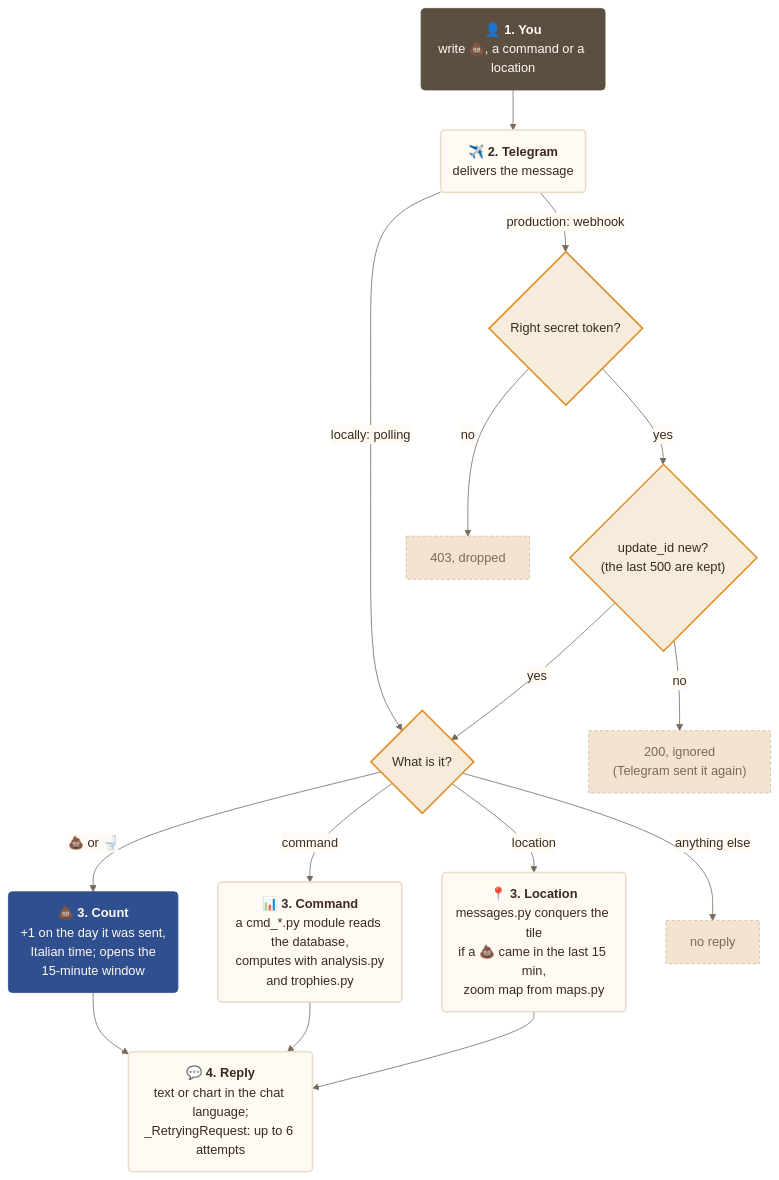
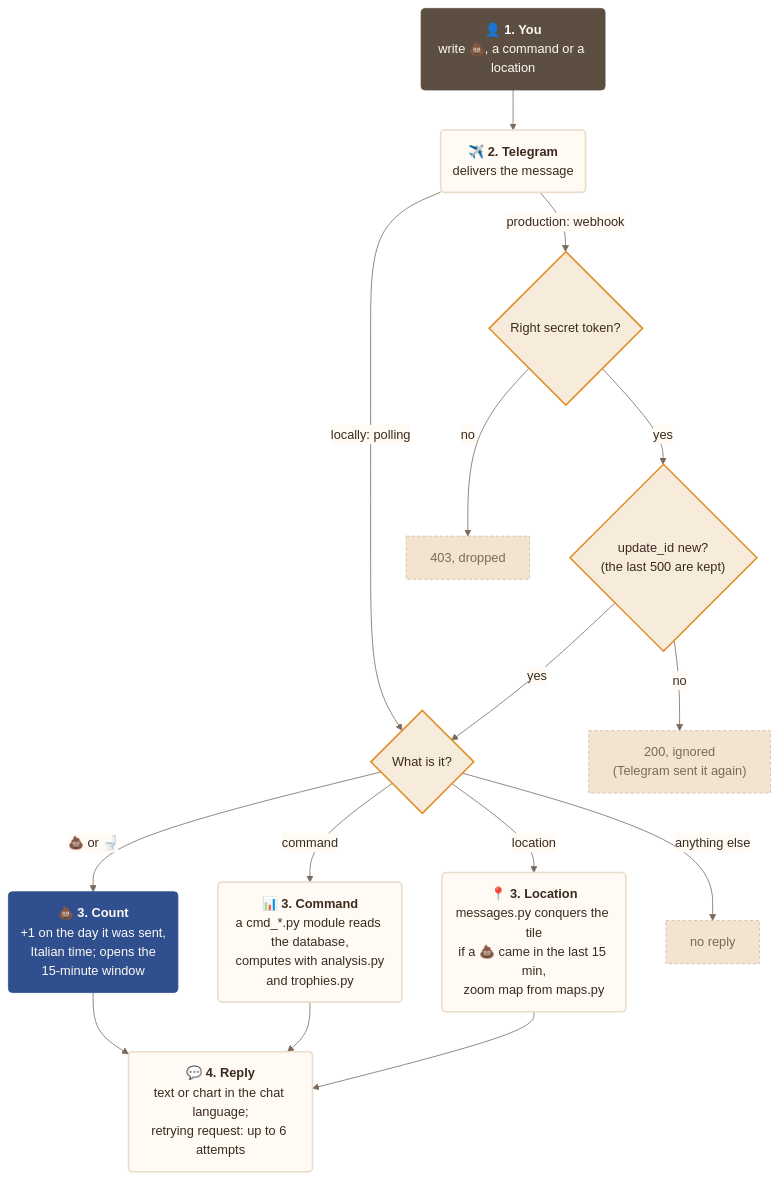
One commit to francescoperrino/Caccometro changed the fourth of 8 diagrams in docs/architecture.md. Above: the diagram before and after it, drawn with Mermaid. The commit also changed other lines of this file and 2 other files, not shown here.

Commit message:
Fix the docstrings and the architecture prose found in review (#187)

````diff
--- a/docs/architecture.md
+++ b/docs/architecture.md
@@ -364,72 +364,72 @@
 ```mermaid
 ---
 config:
   theme: base
   themeVariables:
     fontFamily: "Nunito, Segoe UI, Roboto, sans-serif"
     primaryColor: "#fffaf3"
     primaryTextColor: "#3b2a1e"
     primaryBorderColor: "#eadccb"
     secondaryColor: "#f7ecdc"
     tertiaryColor: "#f3e4d0"
     lineColor: "#7a6a5c"
     textColor: "#3b2a1e"
     edgeLabelBackground: "#fffaf3"
     clusterBkg: "#f3e4d0"
     clusterBorder: "#cbbca9"
     titleColor: "#5c4f42"
     noteBkgColor: "#f7ecdc"
     noteTextColor: "#3b2a1e"
     actorBkg: "#fffaf3"
     actorBorder: "#5c4f42"
     actorTextColor: "#3b2a1e"
     signalColor: "#7a6a5c"
     signalTextColor: "#3b2a1e"
     labelBoxBkgColor: "#f3e4d0"
     loopTextColor: "#3b2a1e"
     sequenceNumberColor: "#fffaf3"
     xyChart:
       plotColorPalette: "#2f4f8f"
 ---
 flowchart TD
     accTitle: Path of a message
     accDescr: From Telegram to the reply, secret token, duplicate check, then a count, a command or a location
     you("👤 <b>1. You</b><br/>write 💩, a command or a location")
     tg("✈️ <b>2. Telegram</b><br/>delivers the message")
     secret{"Right secret token?"}
     seen{"update_id new?<br/>(the last 500 are kept)"}
     kind{"What is it?"}
     poop("💩 <b>3. Count</b><br/>+1 on the day it was sent,<br/>Italian time; opens the<br/>15-minute window")
     cmd("📊 <b>3. Command</b><br/>a cmd_*.py module reads the database,<br/>computes with analysis.py<br/>and trophies.py")
     loc("📍 <b>3. Location</b><br/>messages.py conquers the tile<br/>if a 💩 came in the last 15 min,<br/>zoom map from maps.py")
-    reply("💬 <b>4. Reply</b><br/>text or chart in the chat language;<br/>_RetryingRequest: up to 6 attempts")
+    reply("💬 <b>4. Reply</b><br/>text or chart in the chat language;<br/>retrying request: up to 6 attempts")
     r403["403, dropped"]
     r200["200, ignored<br/>(Telegram sent it again)"]
     silent["no reply"]
     you --> tg
     tg -->|"production: webhook"| secret
     tg -->|"locally: polling"| kind
     secret -->|"no"| r403
     secret -->|"yes"| seen
     seen -->|"no"| r200
     seen -->|"yes"| kind
     kind -->|"💩 or 🚽"| poop
     kind -->|"command"| cmd
     kind -->|"location"| loc
     kind -->|"anything else"| silent
     poop --> reply
     cmd --> reply
     loc --> reply
     classDef step fill:#fffaf3,stroke:#eadccb,stroke-width:2px,color:#3b2a1e
     classDef main fill:#2f4f8f,stroke:#2f4f8f,color:#fffaf3
     classDef person fill:#5c4f42,stroke:#5c4f42,color:#fffaf3
     classDef check fill:#f7ecdc,stroke:#e0902b,stroke-width:2px,color:#3b2a1e
     classDef detail fill:#f7ecdc,stroke:#eadccb,color:#3b2a1e
     classDef alert fill:#e0902b,stroke:#e0902b,color:#3b2a1e
     classDef stop fill:#f3e4d0,stroke:#cbbca9,stroke-dasharray:4 3,color:#7a6a5c
     class you person
     class tg,cmd,loc,reply step
     class poop main
     class secret,seen,kind check
     class r403,r200,silent stop
 ```
````
